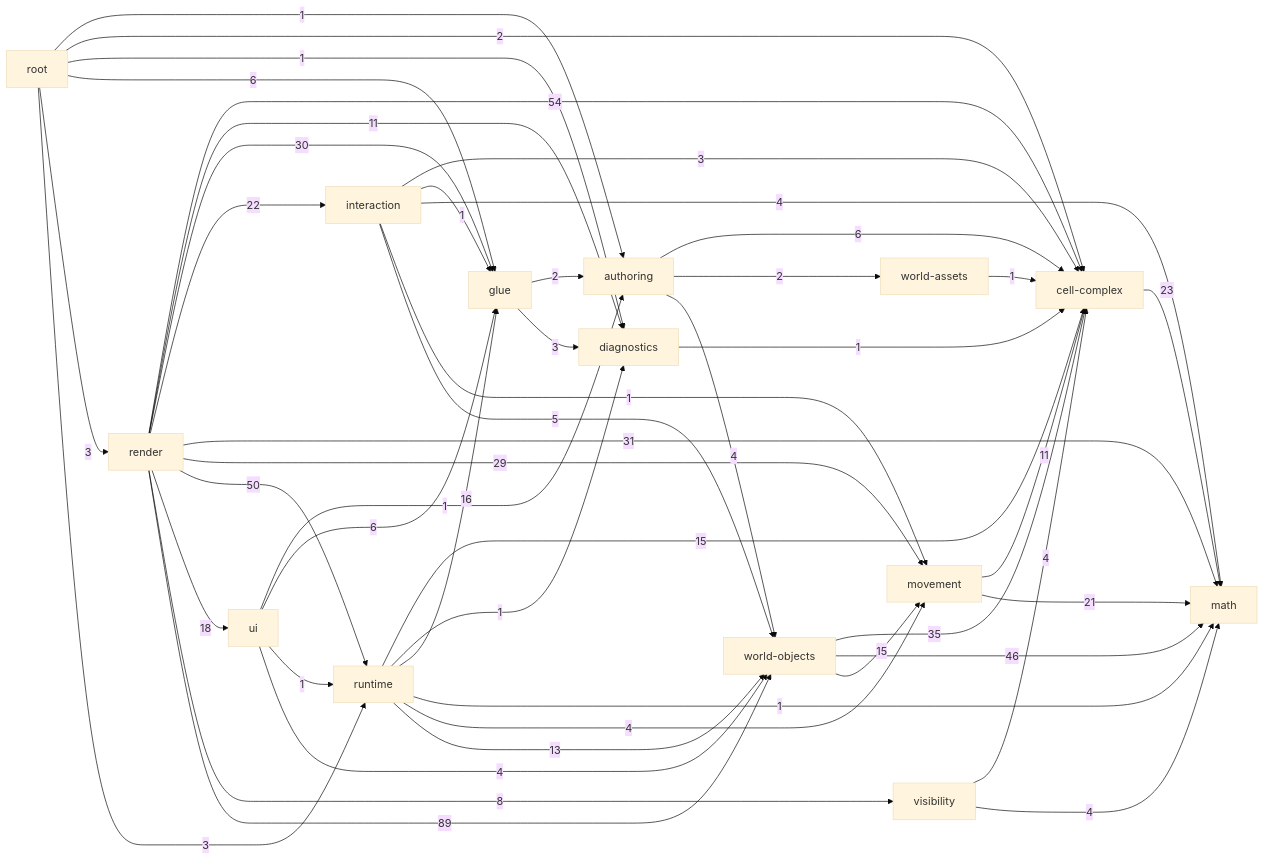
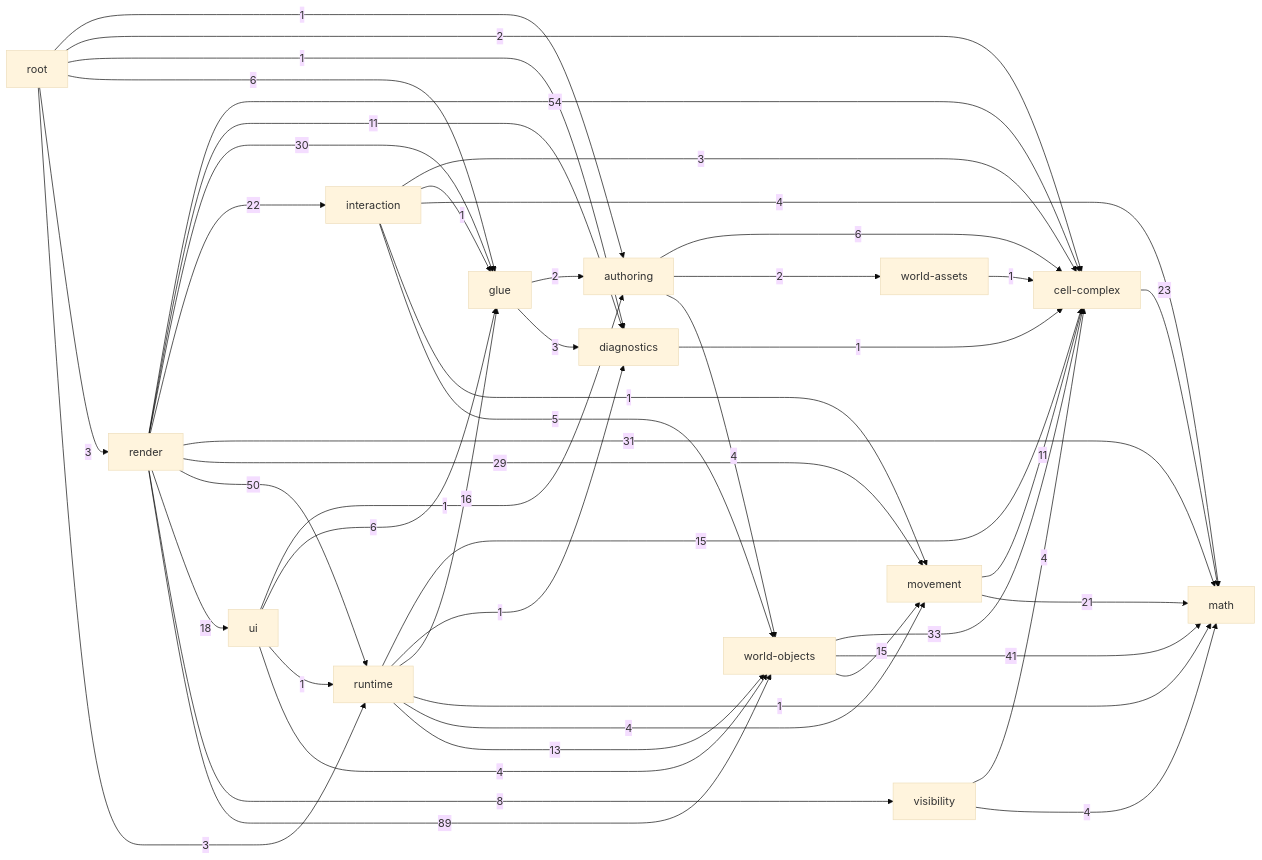
One commit to guraltsev/noneuclid-fpv changed the diagram in _docs/generated/ARCHITECTURE_REFERENCE.md. Above: the diagram before and after it, drawn with Mermaid (base theme). The commit also changed other lines of this file and 21 other files, not shown here.

Commit message:
Curve shortening runs as a flow over many frames; the exact solver is its target

````diff
--- a/_docs/generated/ARCHITECTURE_REFERENCE.md
+++ b/_docs/generated/ARCHITECTURE_REFERENCE.md
@@ -35,63 +35,63 @@
 ```mermaid
 flowchart LR
   math["math"]
   cell_complex["cell-complex"]
   diagnostics["diagnostics"]
   visibility["visibility"]
   movement["movement"]
   world_assets["world-assets"]
   world_objects["world-objects"]
   authoring["authoring"]
   glue["glue"]
   interaction["interaction"]
   runtime["runtime"]
   ui["ui"]
   render["render"]
   root["root"]
   authoring -->|6| cell_complex
   authoring -->|2| world_assets
   authoring -->|4| world_objects
   cell_complex -->|23| math
   diagnostics -->|1| cell_complex
   glue -->|2| authoring
   glue -->|3| diagnostics
   interaction -->|3| cell_complex
   interaction -->|1| glue
   interaction -->|4| math
   interaction -->|1| movement
   interaction -->|5| world_objects
   movement -->|11| cell_complex
   movement -->|21| math
   render -->|54| cell_complex
   render -->|11| diagnostics
   render -->|30| glue
   render -->|22| interaction
   render -->|31| math
   render -->|29| movement
   render -->|50| runtime
   render -->|18| ui
   render -->|8| visibility
   render -->|89| world_objects
   root -->|1| authoring
   root -->|2| cell_complex
   root -->|1| diagnostics
   root -->|6| glue
   root -->|3| render
   root -->|3| runtime
   runtime -->|15| cell_complex
   runtime -->|1| diagnostics
   runtime -->|16| glue
   runtime -->|1| math
   runtime -->|4| movement
   runtime -->|13| world_objects
   ui -->|1| authoring
   ui -->|6| glue
   ui -->|1| runtime
   ui -->|4| world_objects
   visibility -->|4| cell_complex
   visibility -->|4| math
   world_assets -->|1| cell_complex
-  world_objects -->|35| cell_complex
-  world_objects -->|46| math
+  world_objects -->|33| cell_complex
+  world_objects -->|41| math
   world_objects -->|15| movement
 ```
````
